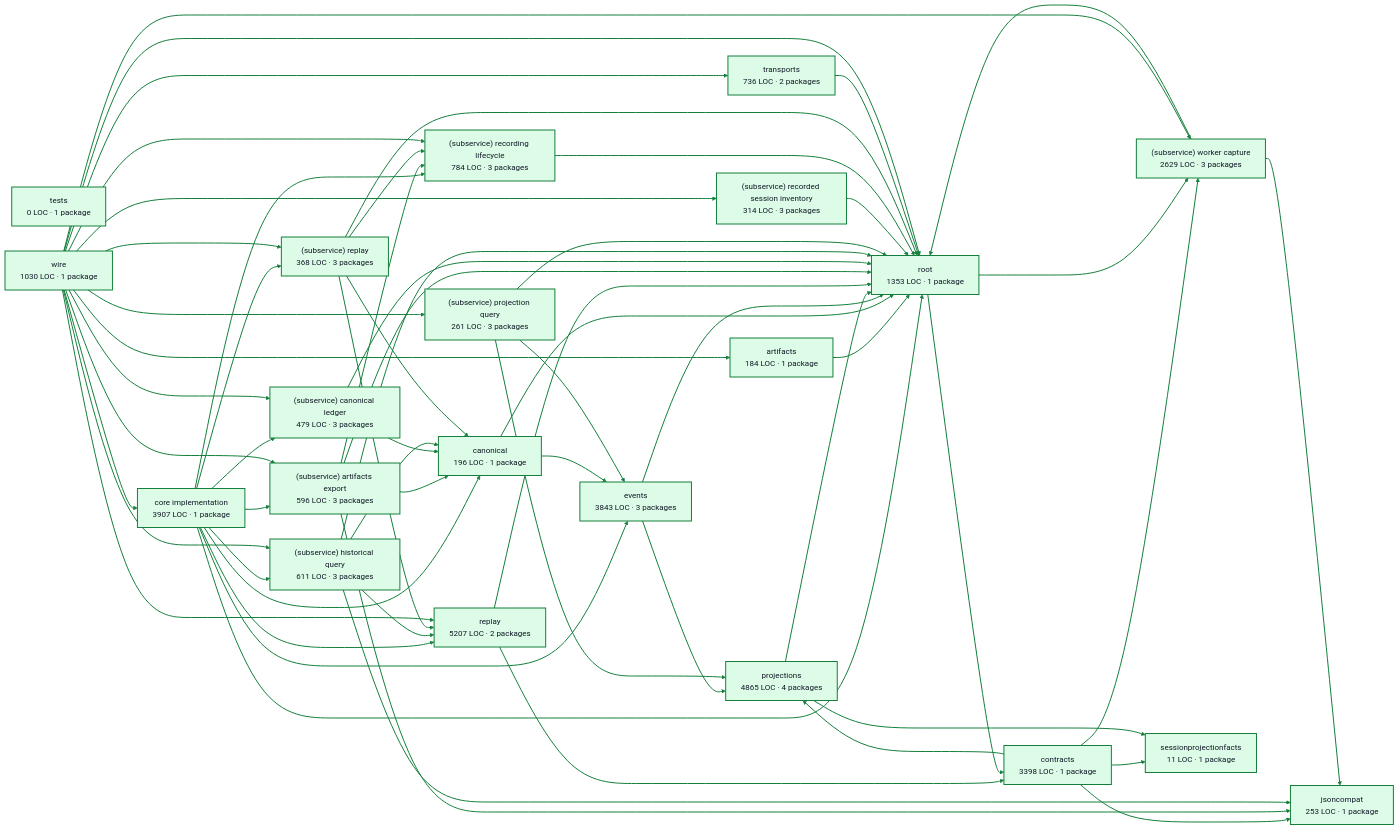
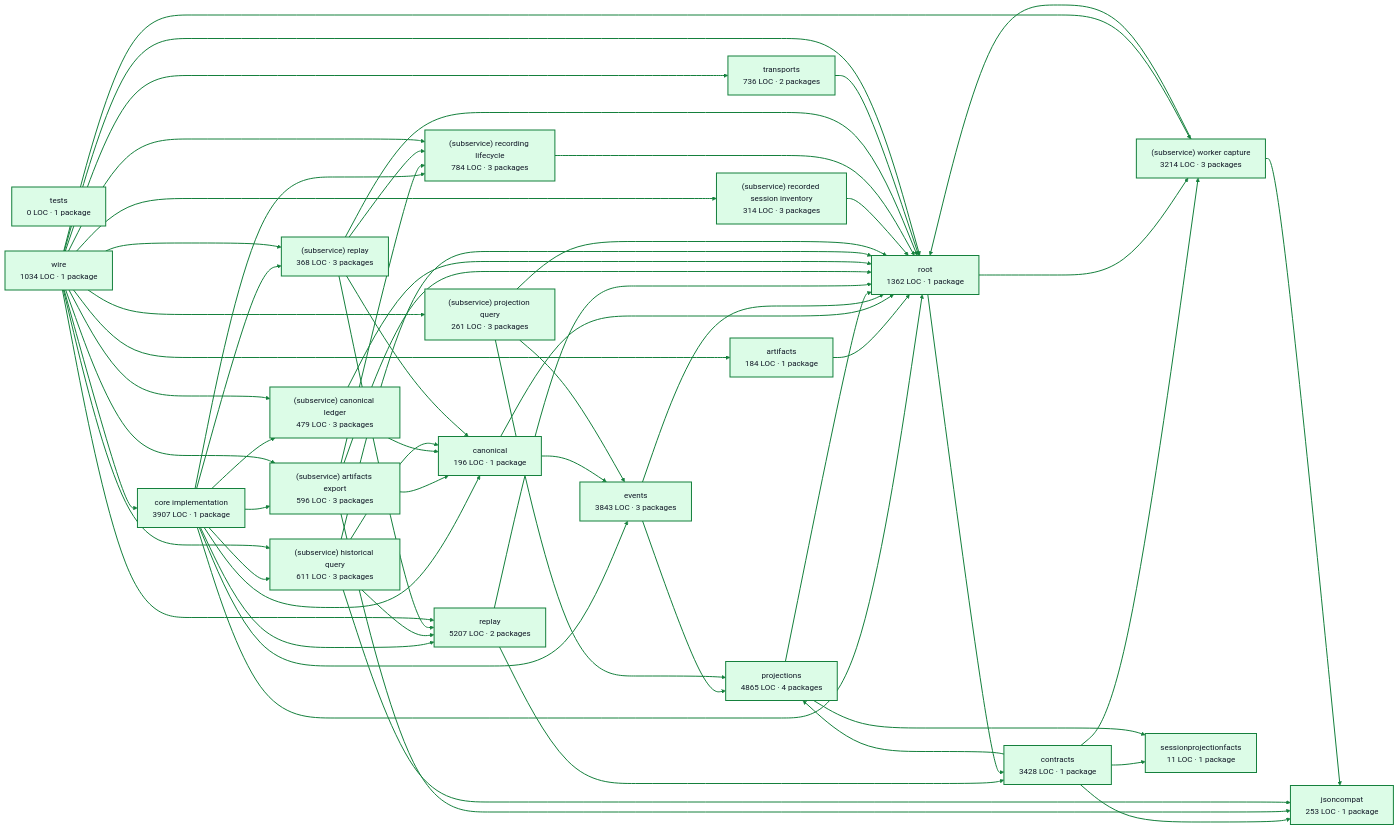
The diagram in docs/architecture/visualizations/services/recordings.md (portpowered/you-agent-factory), drawn with Mermaid before and after one commit. The commit also changed other lines of this file and 20 other files, not shown here.

Commit message:
docs: refresh backend architecture visualizations

```diff
--- a/docs/architecture/visualizations/services/recordings.md
+++ b/docs/architecture/visualizations/services/recordings.md
@@ -13,7 +13,7 @@
   p0["core implementation<br/>3907 LOC · 1 package"]
   p1["artifacts<br/>184 LOC · 1 package"]
   p2["canonical<br/>196 LOC · 1 package"]
-  p3["contracts<br/>3398 LOC · 1 package"]
+  p3["contracts<br/>3428 LOC · 1 package"]
   p4["events<br/>3843 LOC · 3 packages"]
   p5["jsoncompat<br/>253 LOC · 1 package"]
   p6["projections<br/>4865 LOC · 4 packages"]
@@ -25,12 +25,12 @@
   p12["(subservice) recorded session inventory<br/>314 LOC · 3 packages"]
   p13["(subservice) recording lifecycle<br/>784 LOC · 3 packages"]
   p14["(subservice) replay<br/>368 LOC · 3 packages"]
-  p15["(subservice) worker capture<br/>2629 LOC · 3 packages"]
+  p15["(subservice) worker capture<br/>3214 LOC · 3 packages"]
   p16["sessionprojectionfacts<br/>11 LOC · 1 package"]
   p17["tests<br/>0 LOC · 1 package"]
-  p18["root<br/>1353 LOC · 1 package"]
+  p18["root<br/>1362 LOC · 1 package"]
   p19["transports<br/>736 LOC · 2 packages"]
-  p20["wire<br/>1030 LOC · 1 package"]
+  p20["wire<br/>1034 LOC · 1 package"]
   p0 --> p2
   p0 --> p4
   p0 --> p7
```
